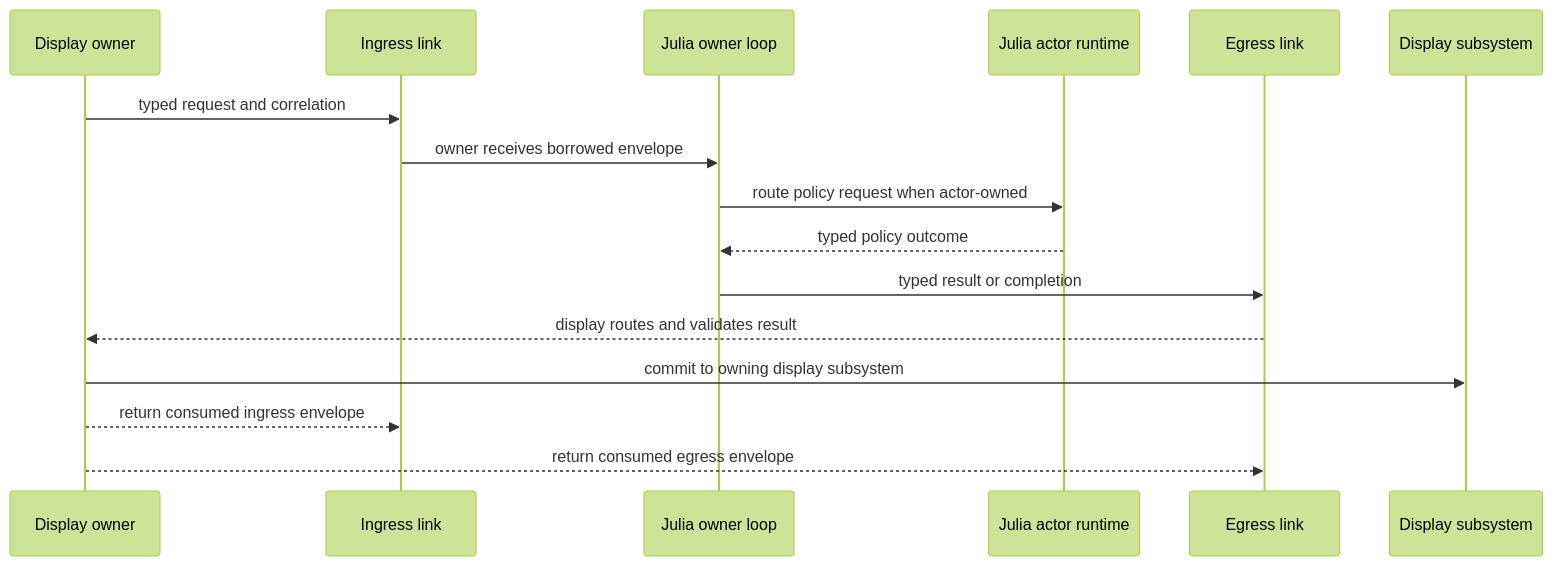
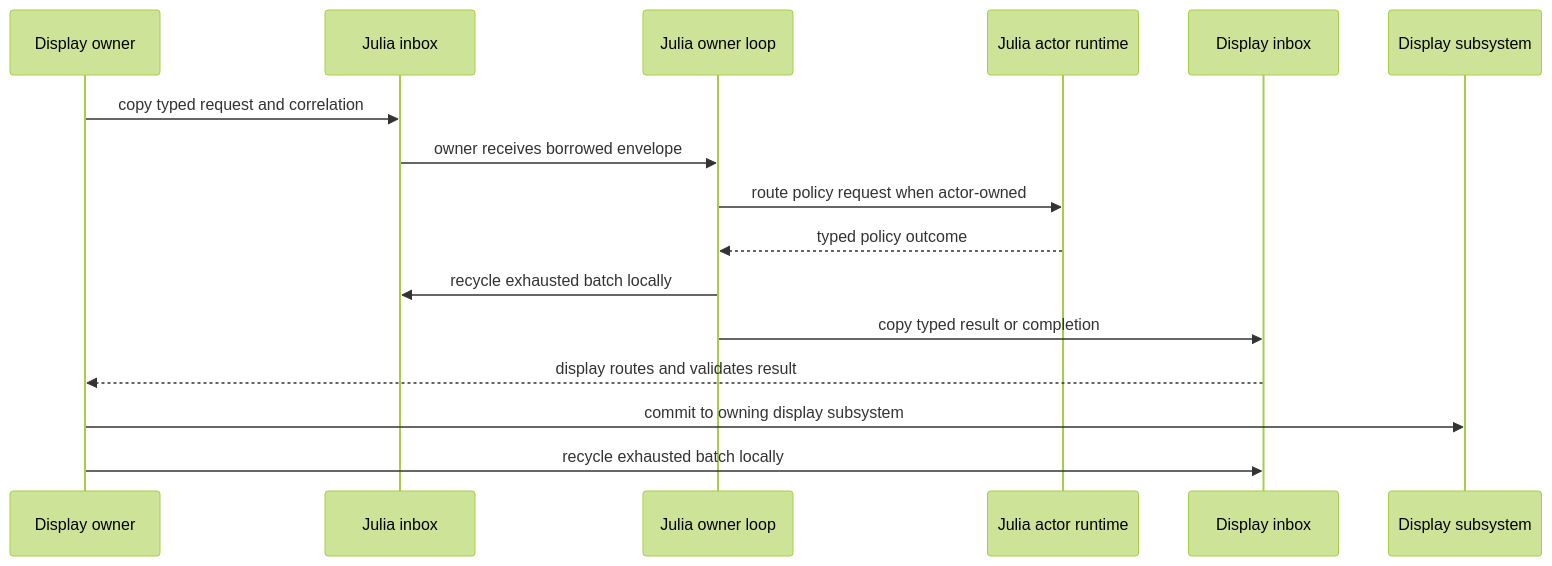
One commit to derekshoneycutt/Euclid changed the second of 6 diagrams in docs/wiki/Guides/JuliaThreadArchitecture.md. Above: the diagram before and after it, drawn with Mermaid (forest theme). The commit also changed other lines of this file and 46 other files, not shown here.

Commit message:
Move to consumer owned mailboxes for the Display-Julia threads communications primarily

````diff
--- a/docs/wiki/Guides/JuliaThreadArchitecture.md
+++ b/docs/wiki/Guides/JuliaThreadArchitecture.md
@@ -122,19 +151,19 @@
 ```mermaid
 sequenceDiagram
     participant D as Display owner
-    participant I as Ingress link
+    participant I as Julia inbox
     participant J as Julia owner loop
     participant A as Julia actor runtime
-    participant E as Egress link
+    participant E as Display inbox
     participant C as Display subsystem
 
-    D->>I: typed request and correlation
+    D->>I: copy typed request and correlation
     I->>J: owner receives borrowed envelope
     J->>A: route policy request when actor-owned
     A-->>J: typed policy outcome
-    J->>E: typed result or completion
+    J->>I: recycle exhausted batch locally
+    J->>E: copy typed result or completion
     E-->>D: display routes and validates result
     D->>C: commit to owning display subsystem
-    D-->>I: return consumed ingress envelope
-    D-->>E: return consumed egress envelope
+    D->>E: recycle exhausted batch locally
 ```
````
